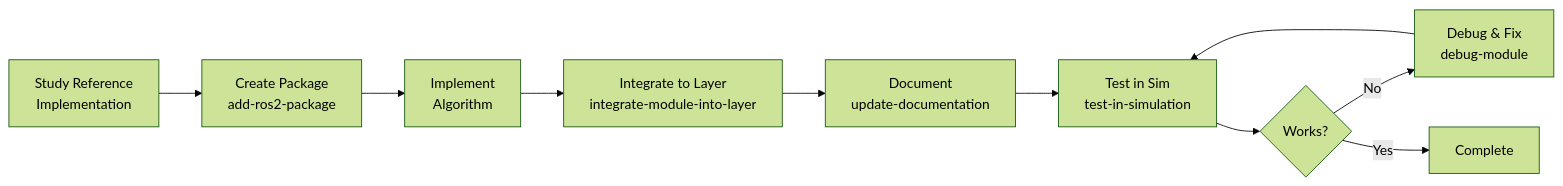
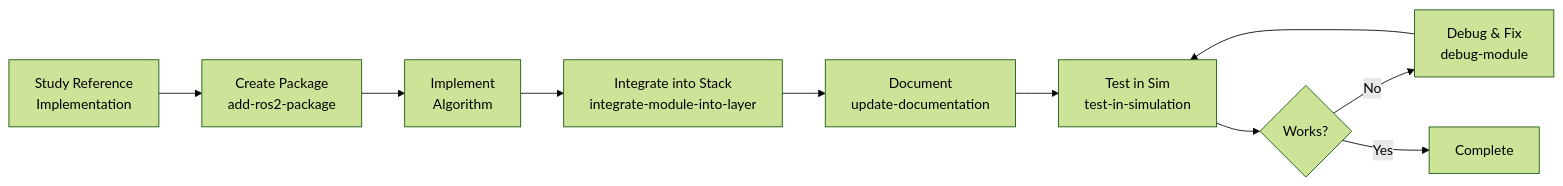
Before and after one commit to castacks/AirStack: the diagram in docs/development/advanced/ai_agent_guide.md, drawn with Mermaid (forest theme). The commit also changed other lines of this file and 104 other files, not shown here.

````diff
--- a/docs/development/advanced/ai_agent_guide.md
+++ b/docs/development/advanced/ai_agent_guide.md
@@ -24,12 +24,12 @@
 ```mermaid
 graph LR
     Study[Study Reference<br/>Implementation] --> Create[Create Package<br/>add-ros2-package]
     Create --> Implement[Implement<br/>Algorithm]
-    Implement --> Integrate[Integrate to Layer<br/>integrate-module-into-layer]
+    Implement --> Integrate[Integrate into Stack<br/>integrate-module-into-layer]
     Integrate --> Document[Document<br/>update-documentation]
     Document --> Test[Test in Sim<br/>test-in-simulation]
     Test --> Debug{Works?}
     Debug -->|No| Fix[Debug & Fix<br/>debug-module]
     Fix --> Test
     Debug -->|Yes| Done[Complete]
 ```
````
